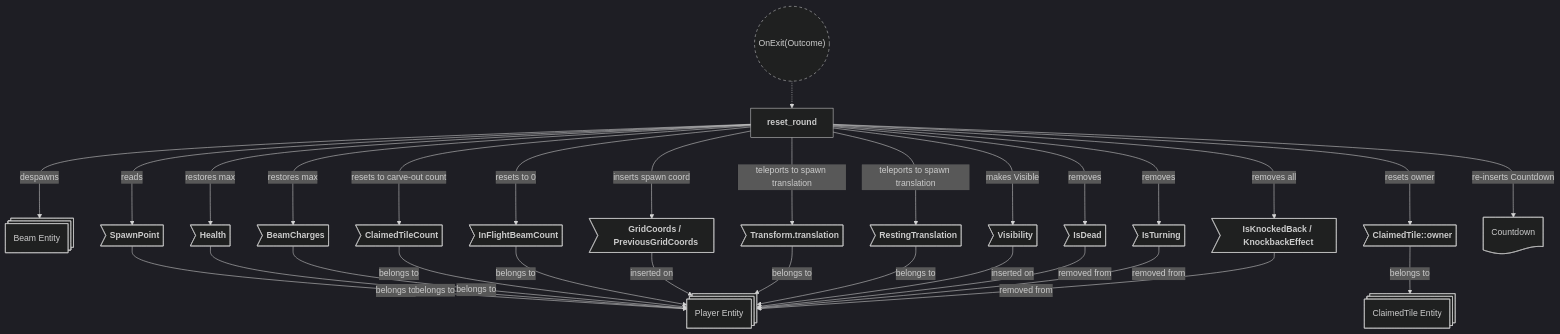
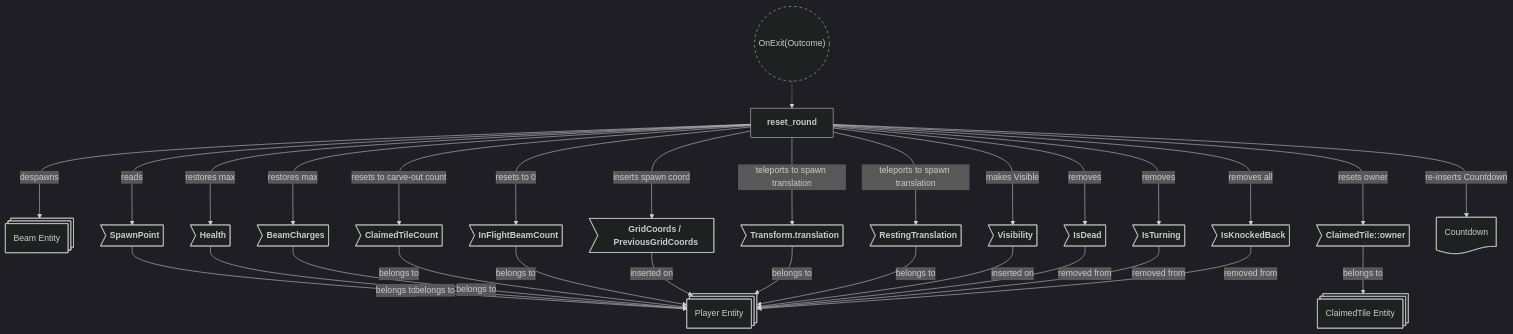
The ninth of 9 diagrams in backlog/docs/doc-15 - 013-Round-plugin.md (neurosoup/tyled), drawn with Mermaid before and after one commit. The commit also changed other lines of this file and 8 other files, not shown here.

````diff
--- a/backlog/docs/doc-15 - 013-Round-plugin.md
+++ b/backlog/docs/doc-15 - 013-Round-plugin.md
@@ -406,50 +406,50 @@
 ```mermaid
 ---
 config:
   theme: dark
 ---
 
 flowchart TD
 classDef system-group stroke-dasharray: 5 5
 
 state_transition(("`OnExit(Outcome)`")):::system-group
 reset_round["`**reset_round**`"]
 
 state_transition -.-> reset_round
 
 player_entity@{ shape: st-rect, label: "Player Entity" }
 tile_entity@{ shape: st-rect, label: "ClaimedTile Entity" }
 beam_entity@{ shape: st-rect, label: "Beam Entity" }
 
 pe_spawn>"`**SpawnPoint**`"] --> |belongs to| player_entity
 pe_health>"`**Health**`"] --> |belongs to| player_entity
 pe_charges>"`**BeamCharges**`"] --> |belongs to| player_entity
 pe_count>"`**ClaimedTileCount**`"] --> |belongs to| player_entity
 pe_in_flight>"`**InFlightBeamCount**`"] --> |belongs to| player_entity
 pe_coords>"`**GridCoords / PreviousGridCoords**`"] --> |inserted on| player_entity
 pe_transform>"`**Transform.translation**`"] --> |belongs to| player_entity
 pe_resting>"`**RestingTranslation**`"] --> |belongs to| player_entity
 pe_vis>"`**Visibility**`"] --> |inserted on| player_entity
 pe_dead>"`**IsDead**`"] --> |removed from| player_entity
 pe_turning>"`**IsTurning**`"] --> |removed from| player_entity
-pe_effect_state>"`**IsKnockedBack / KnockbackEffect**`"] --> |removed from| player_entity
+pe_effect_state>"`**IsKnockedBack**`"] --> |removed from| player_entity
 te_owner>"`**ClaimedTile::owner**`"] --> |belongs to| tile_entity
 
 reset_round ---> |reads| pe_spawn
 reset_round ---> |restores max| pe_health
 reset_round ---> |restores max| pe_charges
 reset_round ---> |resets to carve-out count| pe_count
 reset_round ---> |resets to 0| pe_in_flight
 reset_round ---> |inserts spawn coord| pe_coords
 reset_round ---> |"teleports to spawn translation"| pe_transform
 reset_round ---> |"teleports to spawn translation"| pe_resting
 reset_round ---> |makes Visible| pe_vis
 reset_round ---> |removes| pe_dead
 reset_round ---> |removes| pe_turning
 reset_round ---> |removes all| pe_effect_state
 reset_round ---> |resets owner| te_owner
 reset_round ---> |despawns| beam_entity
 reset_round ---> |re-inserts Countdown| world_res
 
 world_res@{ shape: doc, label: "Countdown" }
 ```
````
